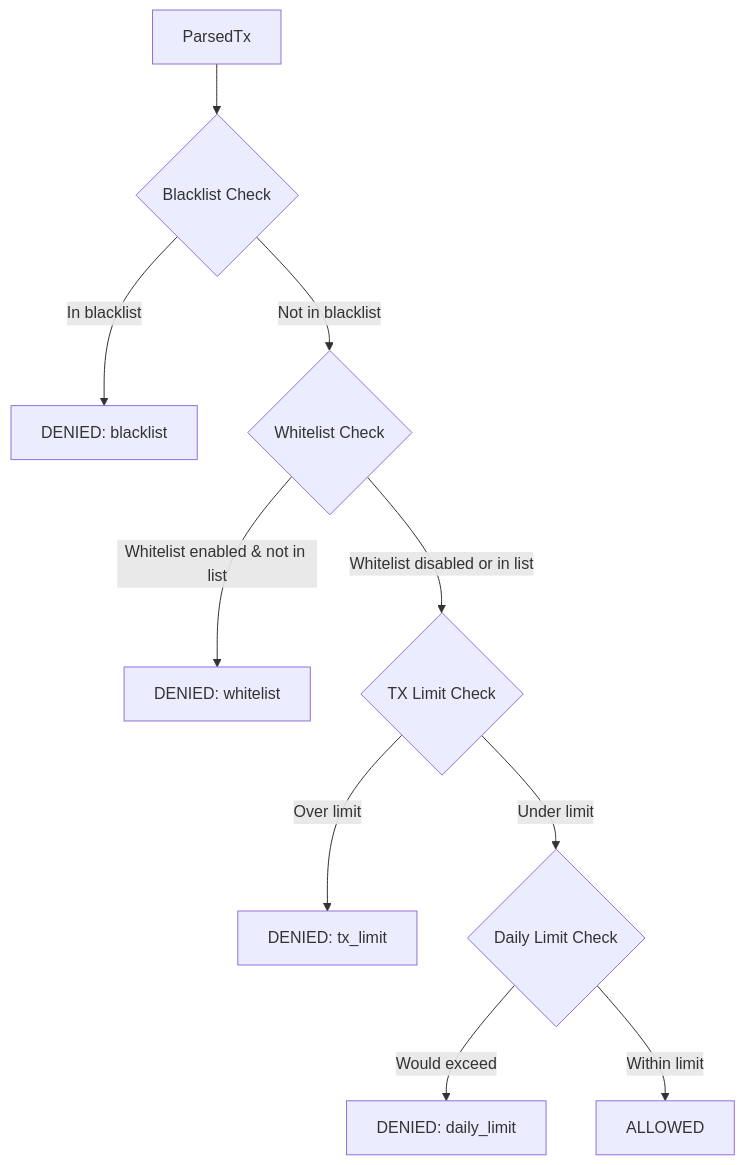
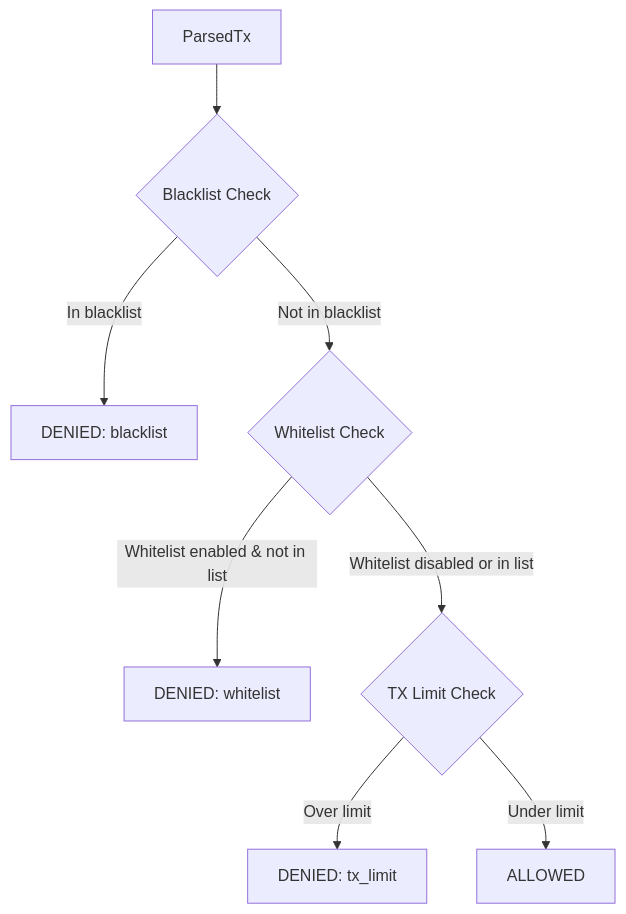
Before and after one commit to luisjpf/txgate: the fifth of 5 diagrams in ARCHITECTURE.md, drawn with Mermaid. The commit also changed other lines of this file and 17 other files, not shown here.

````diff
--- a/ARCHITECTURE.md
+++ b/ARCHITECTURE.md
@@ -843,15 +837,12 @@
 ```mermaid
 flowchart TD
     Start[ParsedTx] --> BL{Blacklist Check}
     BL -->|In blacklist| Denied1[DENIED: blacklist]
     BL -->|Not in blacklist| WL{Whitelist Check}
 
     WL -->|Whitelist enabled & not in list| Denied2[DENIED: whitelist]
     WL -->|Whitelist disabled or in list| TXL{TX Limit Check}
 
     TXL -->|Over limit| Denied3[DENIED: tx_limit]
-    TXL -->|Under limit| DL{Daily Limit Check}
-
-    DL -->|Would exceed| Denied4[DENIED: daily_limit]
-    DL -->|Within limit| Allowed[ALLOWED]
+    TXL -->|Under limit| Allowed[ALLOWED]
 ```
````
